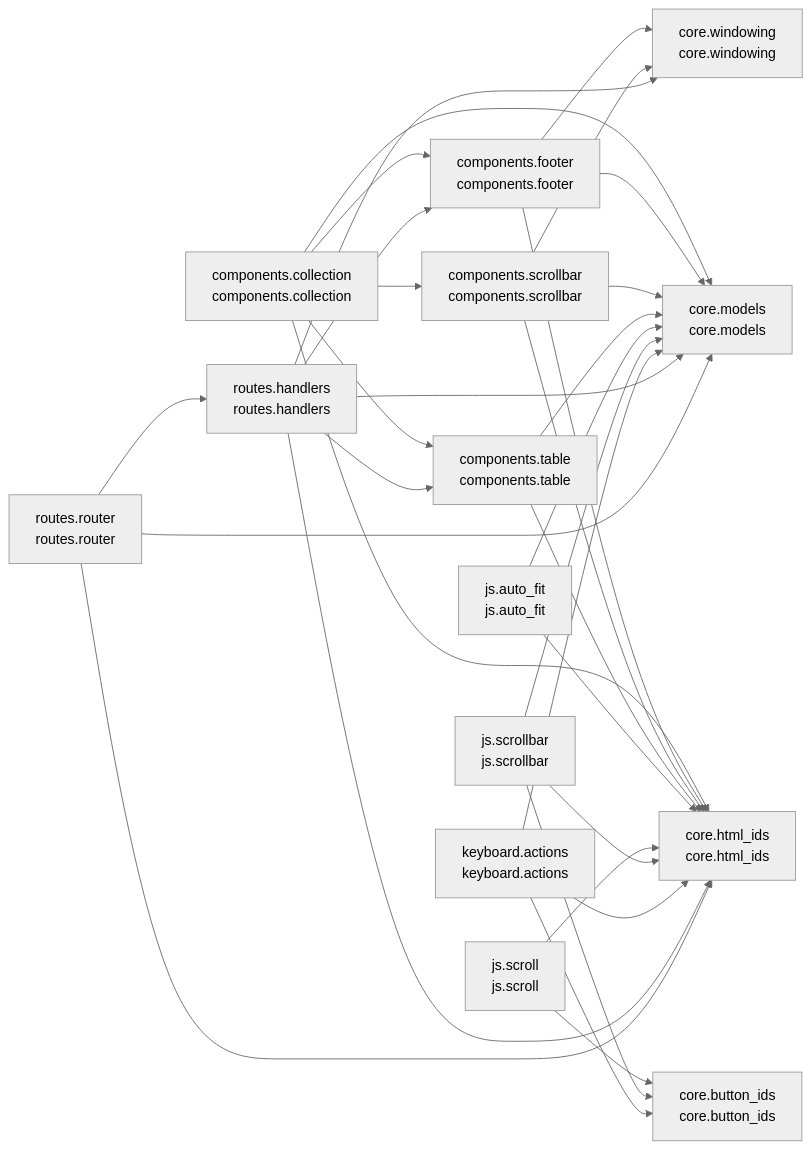
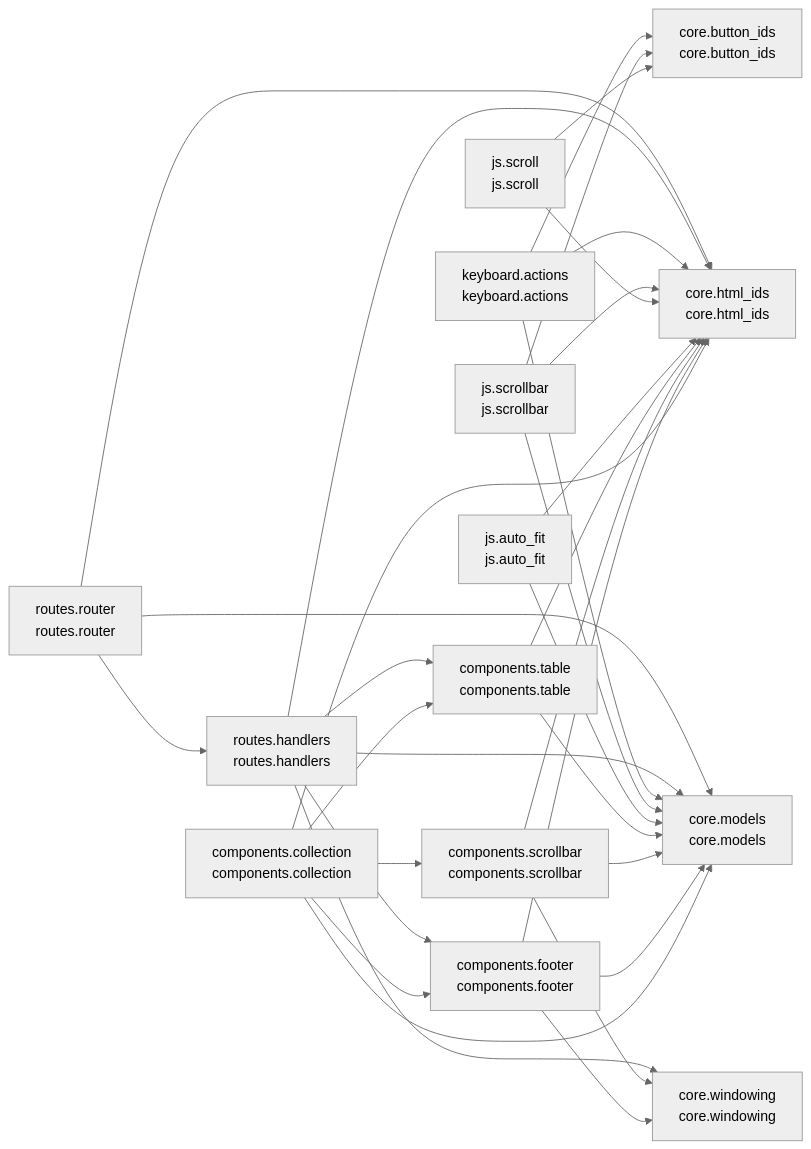
Before and after one commit to cj-mills/cjm-fasthtml-virtual-collection: the diagram in README.md, drawn with Mermaid (neutral theme). The commit also changed other lines of this file and 13 other files, not shown here.

Commit message:
Add cursor-aware navigation with slot-based architecture to prevent bg-primary/10 persistence during rapid OOB swaps.

````diff
--- a/README.md
+++ b/README.md
@@ -39,49 +39,49 @@
 ``` mermaid
 graph LR
     components_collection[components.collection<br/>components.collection]
     components_footer[components.footer<br/>components.footer]
     components_scrollbar[components.scrollbar<br/>components.scrollbar]
     components_table[components.table<br/>components.table]
     core_button_ids[core.button_ids<br/>core.button_ids]
     core_html_ids[core.html_ids<br/>core.html_ids]
     core_models[core.models<br/>core.models]
     core_windowing[core.windowing<br/>core.windowing]
     js_auto_fit[js.auto_fit<br/>js.auto_fit]
     js_scroll[js.scroll<br/>js.scroll]
     js_scrollbar[js.scrollbar<br/>js.scrollbar]
     keyboard_actions[keyboard.actions<br/>keyboard.actions]
     routes_handlers[routes.handlers<br/>routes.handlers]
     routes_router[routes.router<br/>routes.router]
 
+    components_collection --> core_html_ids
+    components_collection --> components_scrollbar
     components_collection --> core_models
     components_collection --> components_footer
-    components_collection --> core_html_ids
     components_collection --> components_table
-    components_collection --> components_scrollbar
-    components_footer --> core_models
     components_footer --> core_windowing
     components_footer --> core_html_ids
+    components_footer --> core_models
+    components_scrollbar --> core_html_ids
     components_scrollbar --> core_models
     components_scrollbar --> core_windowing
-    components_scrollbar --> core_html_ids
+    components_table --> core_html_ids
     components_table --> core_models
-    components_table --> core_html_ids
     js_auto_fit --> core_models
     js_auto_fit --> core_html_ids
+    js_scroll --> core_html_ids
     js_scroll --> core_button_ids
-    js_scroll --> core_html_ids
     js_scrollbar --> core_models
+    js_scrollbar --> core_html_ids
     js_scrollbar --> core_button_ids
-    js_scrollbar --> core_html_ids
     keyboard_actions --> core_models
+    keyboard_actions --> core_html_ids
     keyboard_actions --> core_button_ids
-    keyboard_actions --> core_html_ids
+    routes_handlers --> core_html_ids
+    routes_handlers --> core_models
     routes_handlers --> core_windowing
-    routes_handlers --> core_models
+    routes_handlers --> components_table
     routes_handlers --> components_footer
-    routes_handlers --> core_html_ids
-    routes_handlers --> components_table
+    routes_router --> core_models
     routes_router --> routes_handlers
-    routes_router --> core_models
     routes_router --> core_html_ids
 ```
````
